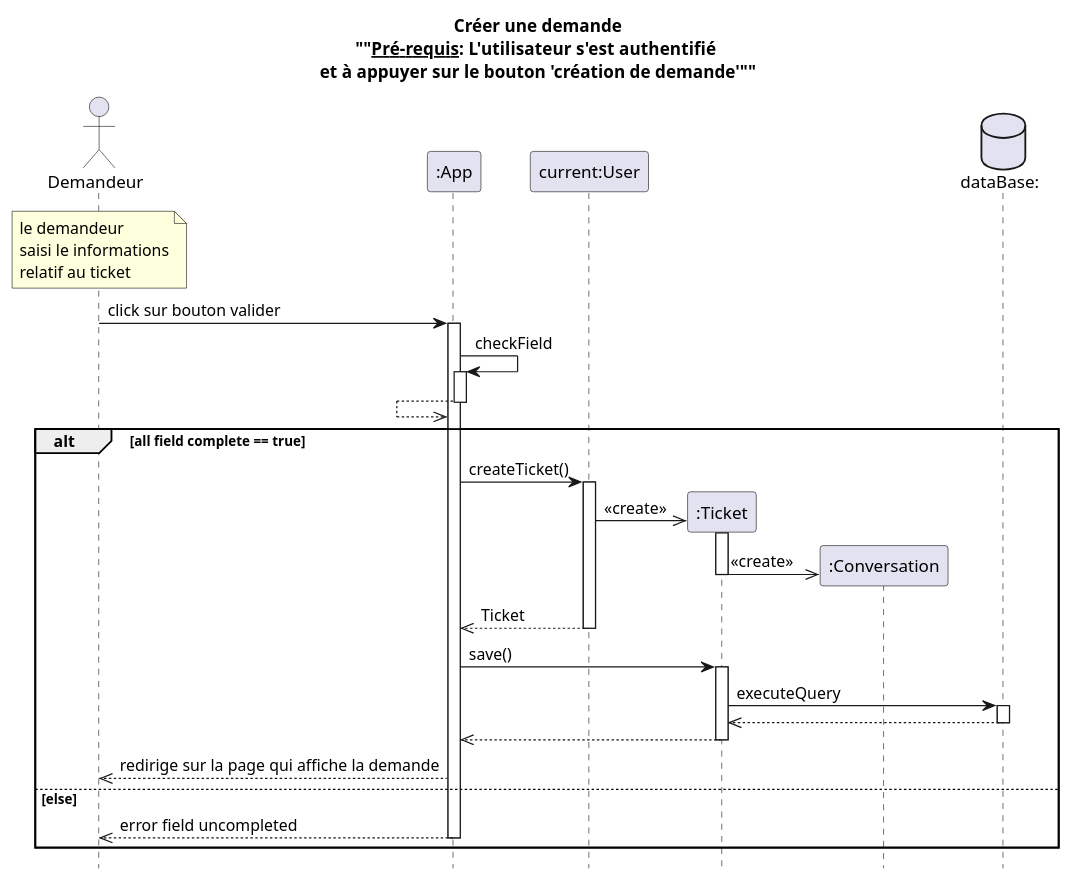
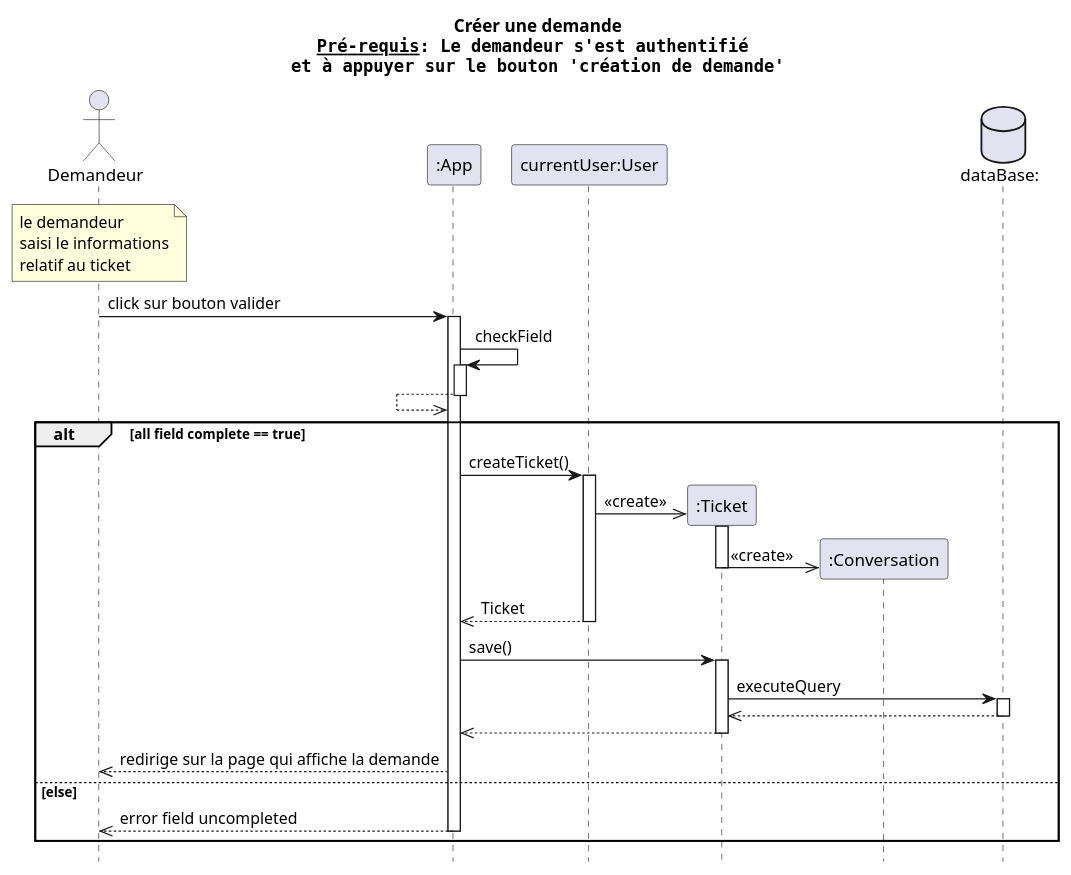
The diagram in docs/UML/diagrammes séquence/creer une demande.puml (dorianleveque/CoHub), drawn with PlantUML before and after one commit. The commit also changed 2 other files, not shown here.

Commit message:
update diagramme de séquence

```diff
--- a/docs/UML/diagrammes séquence/creer une demande.puml
+++ b/docs/UML/diagrammes séquence/creer une demande.puml
@@ -1,45 +1,45 @@
 @startuml créer une demande
-title Créer une demande\n""__Pré-requis__: L'utilisateur s'est authentifié \net à appuyer sur le bouton 'création de demande'""
+title Créer une demande\n""__Pré-requis__: Le demandeur s'est authentifié ""\n""et à appuyer sur le bouton 'création de demande'""
 
 actor client as "Demandeur" order 1
 participant app as ":App"   order 2
-participant user as "current:User" order 3
+participant user as "currentUser:User" order 3
 database bdd as "dataBase:" order 6
 hide footbox
 
 note over client : le demandeur\nsaisi le informations\nrelatif au ticket
 client -> app: click sur bouton valider
 activate app
 
 app -> app : checkField
 activate app
 app <<-- app
 deactivate app
 alt all field complete == true
     app -> user: createTicket()
     activate user
     create ticket as ":Ticket" order 4
     user ->> ticket: <<create>>
     create conv as ":Conversation" order 5 
     activate ticket
     ticket ->> conv : <<create>>
     deactivate ticket
     app <<--user : Ticket
     deactivate user
 
     app -> ticket: save()
     activate ticket
     ticket -> bdd : executeQuery
     activate bdd
     ticket <<-- bdd
     deactivate bdd
     app <<-- ticket
     deactivate ticket
     client <<-- app: redirige sur la page qui affiche la demande
 else else
     client <<-- app: error field uncompleted
     deactivate app
 end
 
 
 @enduml
```
